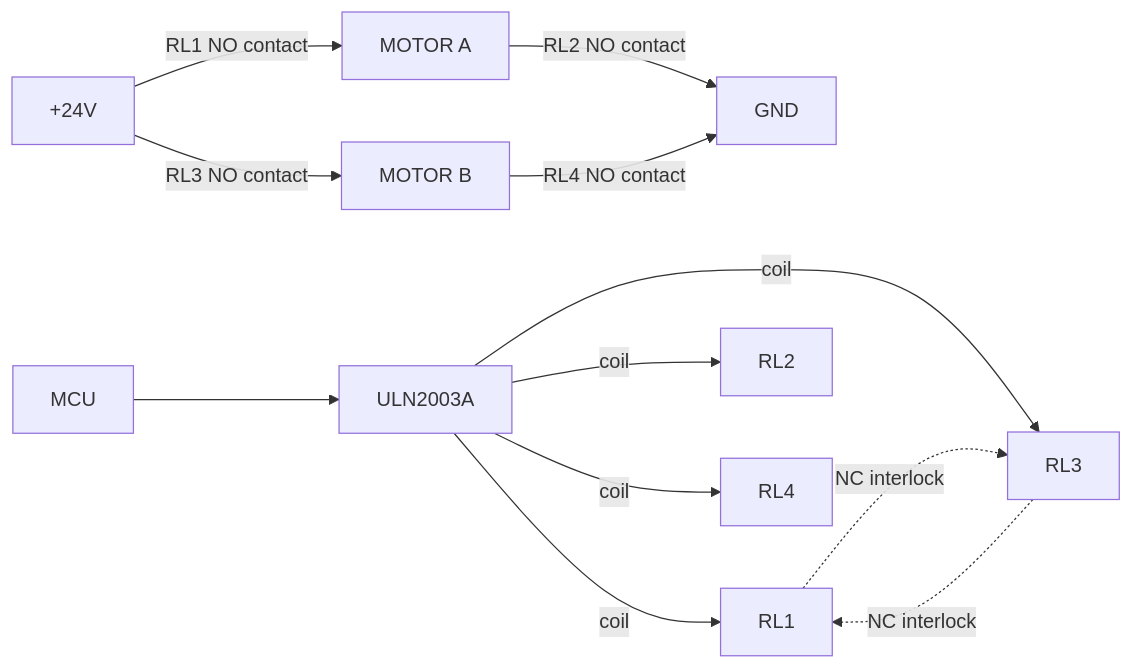
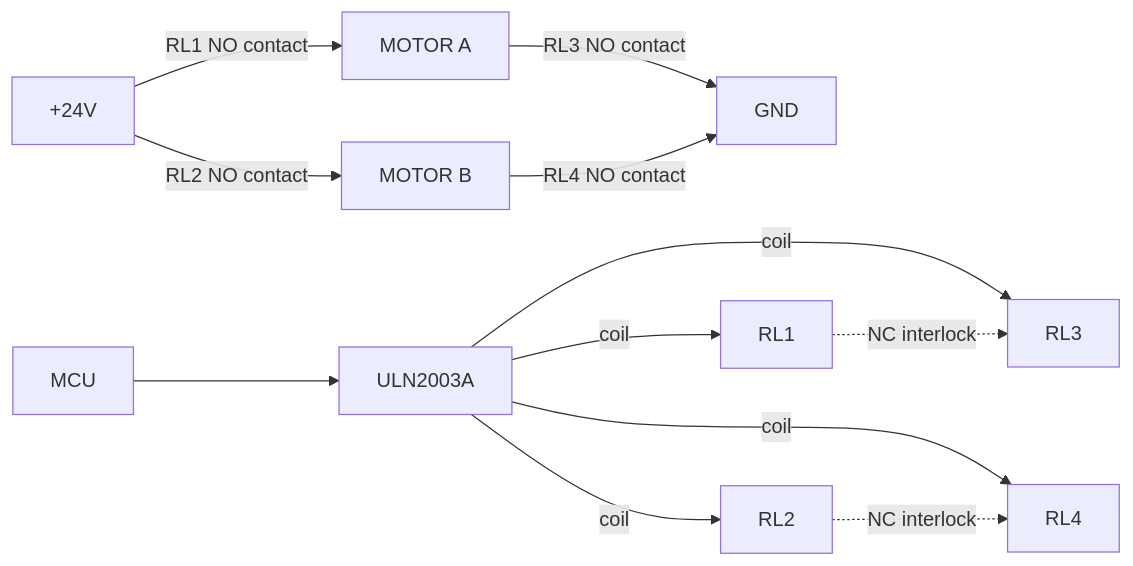
One commit to gonzafernan/pool-cover-control changed the second of 9 diagrams in DESIGN.md. Above: the diagram before and after it, drawn with Mermaid. The commit also changed other lines of this file and 3 other files, not shown here.

Commit message:
feat(hardware): implement SC2 H-bridge schematic

````diff
--- a/DESIGN.md
+++ b/DESIGN.md
@@ -84,21 +84,21 @@
 ```mermaid
 flowchart LR
     V24["+24V"]
     GND["GND"]
     MA["MOTOR A"]
     MB["MOTOR B"]
 
     V24 -->|RL1 NO contact| MA
-    MA -->|RL2 NO contact| GND
-    V24 -->|RL3 NO contact| MB
-    MB -->|RL4 NO contact| GND
+    V24 -->|RL2 NO contact| MB
+    MA  -->|RL3 NO contact| GND
+    MB  -->|RL4 NO contact| GND
 
     MCU --> ULN["ULN2003A"]
     ULN -->|coil| RL1
     ULN -->|coil| RL2
     ULN -->|coil| RL3
     ULN -->|coil| RL4
 
     RL1 -.->|NC interlock| RL3
-    RL3 -.->|NC interlock| RL1
+    RL2 -.->|NC interlock| RL4
 ```
````
